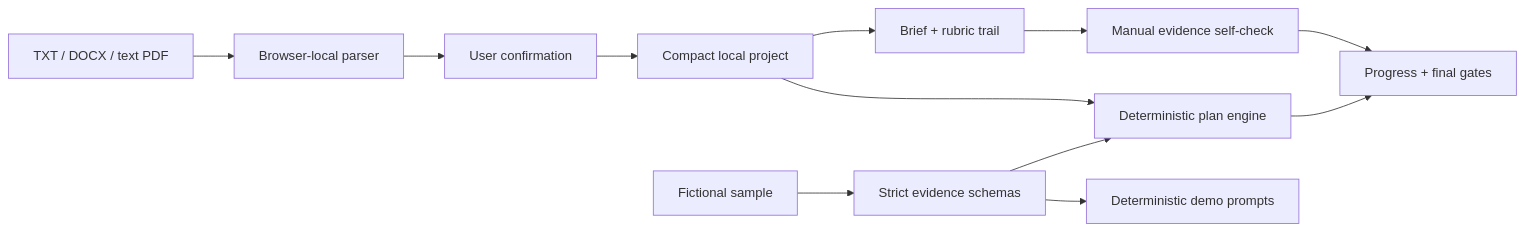
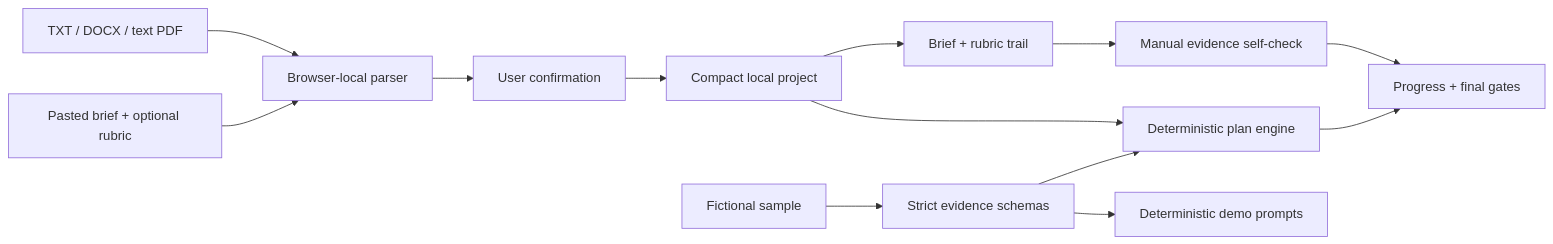
One commit to Sion612/rubrictrail changed the diagram in README.md. Above: the diagram before and after it, drawn with Mermaid. The commit also changed other lines of this file and 23 other files, not shown here.

````diff
--- a/README.md
+++ b/README.md
@@ -141,14 +146,15 @@
 ```mermaid
 flowchart LR
   A["TXT / DOCX / text PDF"] --> B["Browser-local parser"]
+  P["Pasted brief + optional rubric"] --> B
   B --> C["User confirmation"]
   C --> D["Compact local project"]
   D --> E["Brief + rubric trail"]
   D --> F["Deterministic plan engine"]
   E --> G["Manual evidence self-check"]
   F --> H["Progress + final gates"]
   G --> H
   S["Fictional sample"] --> I["Strict evidence schemas"]
   I --> F
   I --> J["Deterministic demo prompts"]
 ```
````
